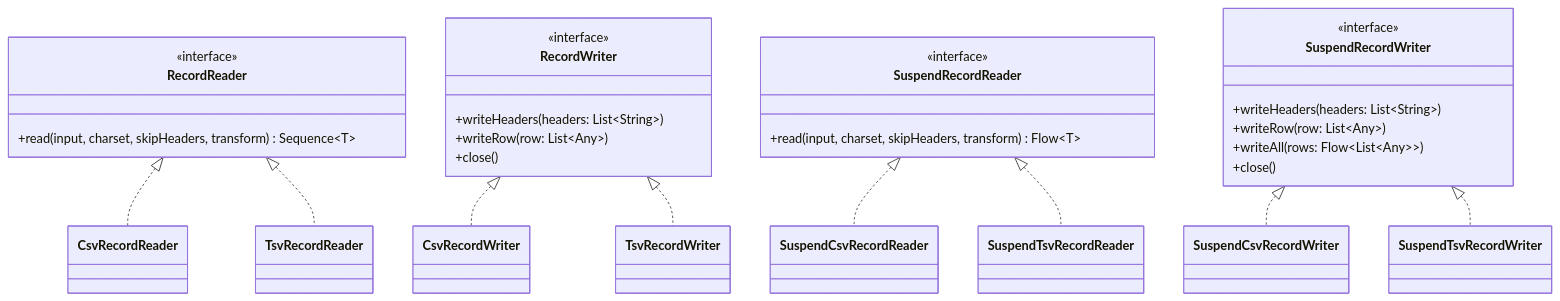
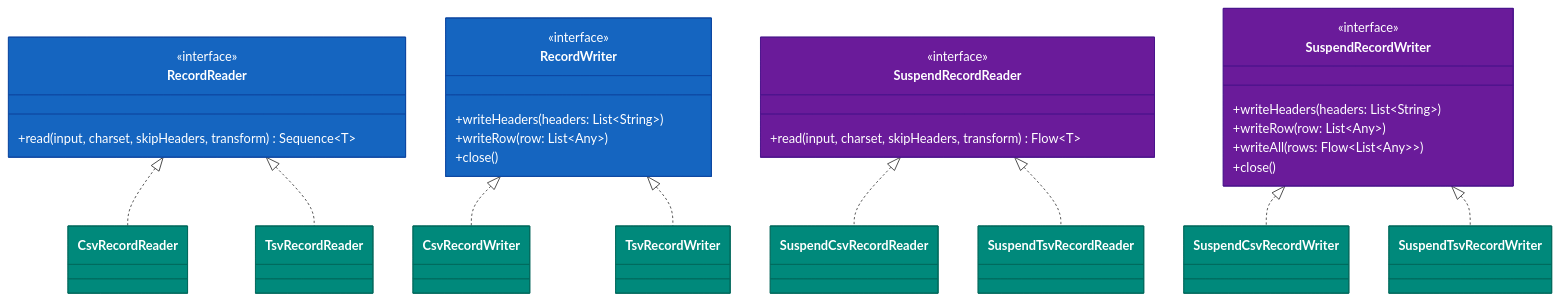
One commit to bluetape4k/bluetape4k-projects changed the first of 2 diagrams in io/csv/README.ko.md. Above: the diagram before and after it, drawn with Mermaid. The commit also changed other lines of this file and 221 other files, not shown here.

First line of the commit message:
docs: 전체 모듈 README UML 다이어그램 보강 및 색상 업그레이드

````diff
--- a/io/csv/README.ko.md
+++ b/io/csv/README.ko.md
@@ -16,37 +16,50 @@
 ```mermaid
 classDiagram
     class RecordReader {
         <<interface>>
         +read(input, charset, skipHeaders, transform) Sequence~T~
     }
 
     class RecordWriter {
         <<interface>>
         +writeHeaders(headers: List~String~)
         +writeRow(row: List~Any~)
         +close()
     }
 
     class SuspendRecordReader {
         <<interface>>
         +read(input, charset, skipHeaders, transform) Flow~T~
     }
 
     class SuspendRecordWriter {
         <<interface>>
         +writeHeaders(headers: List~String~)
         +writeRow(row: List~Any~)
         +writeAll(rows: Flow~List~Any~~)
         +close()
     }
 
 
     RecordReader <|.. CsvRecordReader
     RecordReader <|.. TsvRecordReader
     RecordWriter <|.. CsvRecordWriter
     RecordWriter <|.. TsvRecordWriter
     SuspendRecordReader <|.. SuspendCsvRecordReader
     SuspendRecordReader <|.. SuspendTsvRecordReader
     SuspendRecordWriter <|.. SuspendCsvRecordWriter
     SuspendRecordWriter <|.. SuspendTsvRecordWriter
+
+    style RecordReader fill:#1565C0,stroke:#0D47A1,color:#FFFFFF
+    style RecordWriter fill:#1565C0,stroke:#0D47A1,color:#FFFFFF
+    style SuspendRecordReader fill:#6A1B9A,stroke:#4A148C,color:#FFFFFF
+    style SuspendRecordWriter fill:#6A1B9A,stroke:#4A148C,color:#FFFFFF
+    style CsvRecordReader fill:#00897B,stroke:#00695C,color:#FFFFFF
+    style TsvRecordReader fill:#00897B,stroke:#00695C,color:#FFFFFF
+    style CsvRecordWriter fill:#00897B,stroke:#00695C,color:#FFFFFF
+    style TsvRecordWriter fill:#00897B,stroke:#00695C,color:#FFFFFF
+    style SuspendCsvRecordReader fill:#00897B,stroke:#00695C,color:#FFFFFF
+    style SuspendTsvRecordReader fill:#00897B,stroke:#00695C,color:#FFFFFF
+    style SuspendCsvRecordWriter fill:#00897B,stroke:#00695C,color:#FFFFFF
+    style SuspendTsvRecordWriter fill:#00897B,stroke:#00695C,color:#FFFFFF
 ```
````
